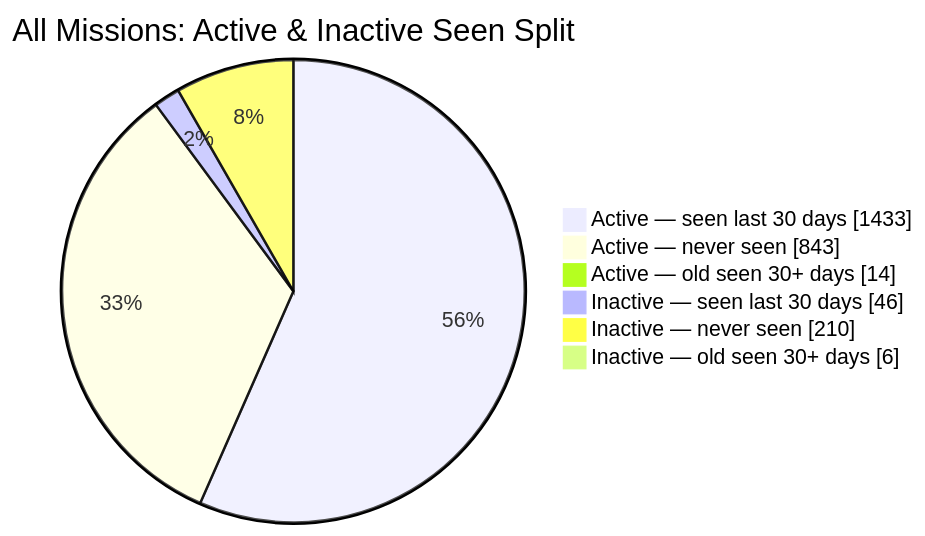
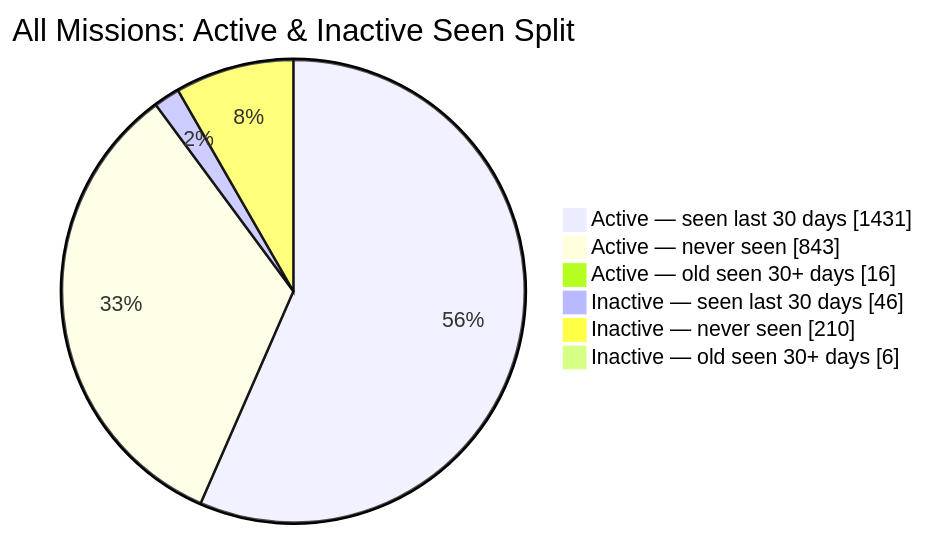
One commit to MeldkamerspelGameTeam/active-missions changed the second of 2 diagrams in README.md. Above: the diagram before and after it, drawn with Mermaid. The commit also changed other lines of this file and 2 other files, not shown here.

````diff
--- a/README.md
+++ b/README.md
@@ -44,10 +44,10 @@
 ```mermaid
 pie showData
     title All Missions: Active & Inactive Seen Split
-    "Active — seen last 30 days" : 1433
+    "Active — seen last 30 days" : 1431
     "Active — never seen" : 843
-    "Active — old seen 30+ days" : 14
+    "Active — old seen 30+ days" : 16
     "Inactive — seen last 30 days" : 46
     "Inactive — never seen" : 210
     "Inactive — old seen 30+ days" : 6
 ```
````
